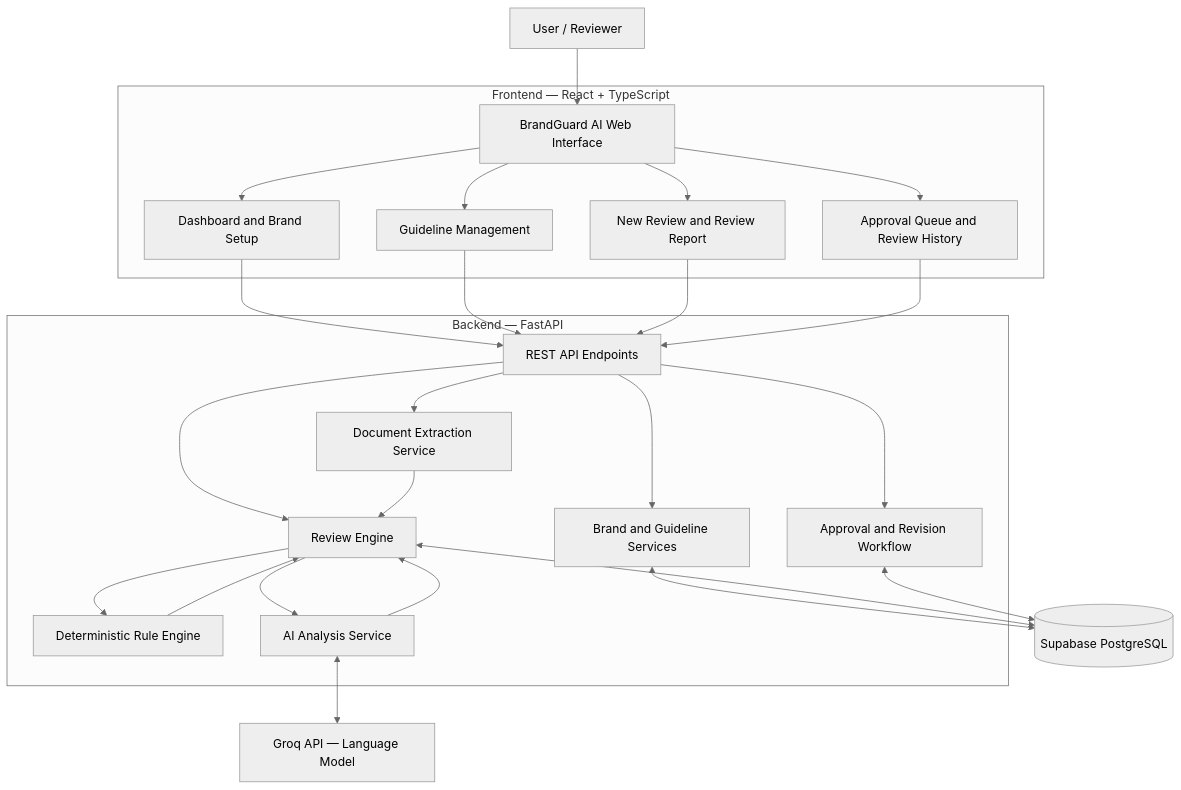
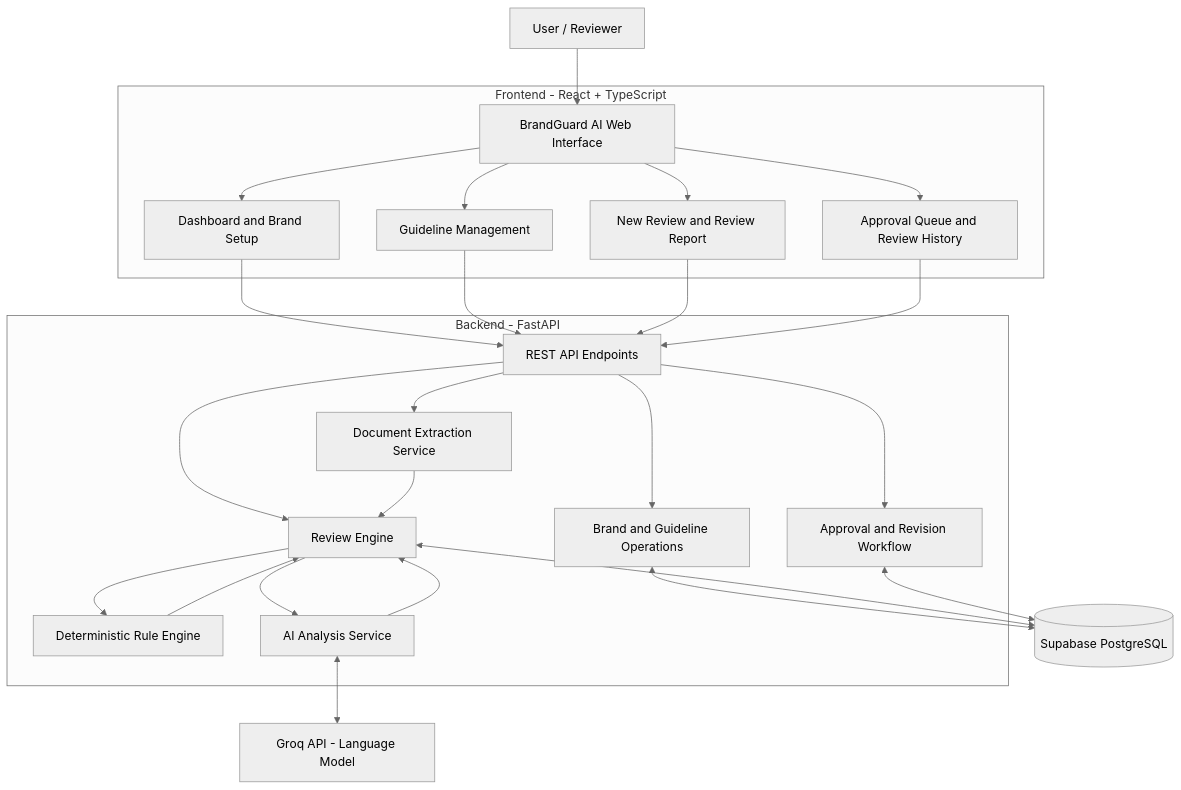
One commit to Sumit182004/BrandGuard-AI changed the first of 4 diagrams in README.md. Above: the diagram before and after it, drawn with Mermaid (neutral theme). The commit also changed other lines of this file, not shown here.

````diff
--- a/README.md
+++ b/README.md
@@ -96,53 +101,52 @@
 ```mermaid
 flowchart TB
     USER["User / Reviewer"]
 
-    subgraph FRONTEND["Frontend — React + TypeScript"]
+    subgraph FRONTEND["Frontend - React + TypeScript"]
         UI["BrandGuard AI Web Interface"]
-        BRAND_UI["Dashboard and Brand Setup"]
-        GUIDE_UI["Guideline Management"]
-        REVIEW_UI["New Review and Review Report"]
-        APPROVAL_UI["Approval Queue and Review History"]
+        DASH["Dashboard and Brand Setup"]
+        GUIDES["Guideline Management"]
+        REVIEW["New Review and Review Report"]
+        APPROVAL["Approval Queue and Review History"]
     end
 
-    subgraph BACKEND["Backend — FastAPI"]
+    subgraph BACKEND["Backend - FastAPI"]
         API["REST API Endpoints"]
-        BRAND_SERVICE["Brand and Guideline Services"]
+        BRAND_SERVICE["Brand and Guideline Operations"]
         DOC_SERVICE["Document Extraction Service"]
         REVIEW_ENGINE["Review Engine"]
         RULE_ENGINE["Deterministic Rule Engine"]
         AI_SERVICE["AI Analysis Service"]
         WORKFLOW["Approval and Revision Workflow"]
     end
 
     DB[("Supabase PostgreSQL")]
-    GROQ["Groq API — Language Model"]
+    GROQ["Groq API - Language Model"]
 
     USER --> UI
-    UI --> BRAND_UI
-    UI --> GUIDE_UI
-    UI --> REVIEW_UI
-    UI --> APPROVAL_UI
+    UI --> DASH
+    UI --> GUIDES
+    UI --> REVIEW
+    UI --> APPROVAL
 
-    BRAND_UI --> API
-    GUIDE_UI --> API
-    REVIEW_UI --> API
-    APPROVAL_UI --> API
+    DASH --> API
+    GUIDES --> API
+    REVIEW --> API
+    APPROVAL --> API
 
     API --> BRAND_SERVICE
     API --> DOC_SERVICE
     API --> REVIEW_ENGINE
     API --> WORKFLOW
 
     BRAND_SERVICE <--> DB
     DOC_SERVICE --> REVIEW_ENGINE
-
     REVIEW_ENGINE --> RULE_ENGINE
     REVIEW_ENGINE --> AI_SERVICE
     AI_SERVICE <--> GROQ
 
     RULE_ENGINE --> REVIEW_ENGINE
     AI_SERVICE --> REVIEW_ENGINE
     REVIEW_ENGINE <--> DB
     WORKFLOW <--> DB
 ```
````
